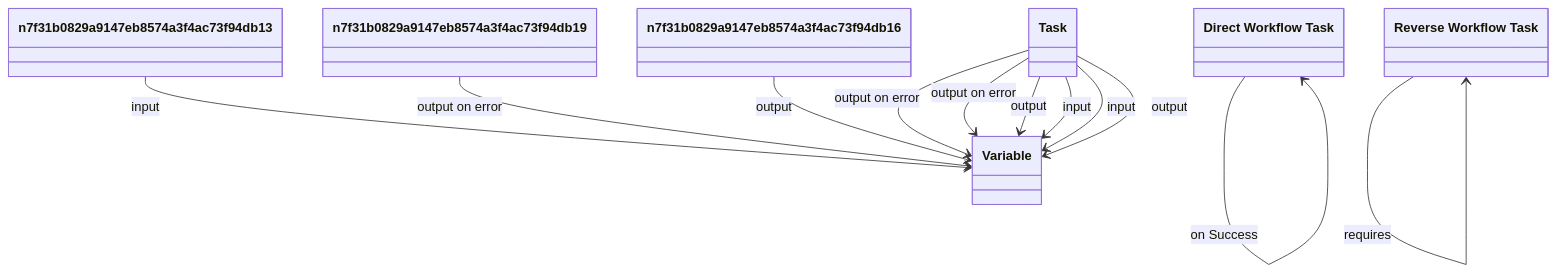
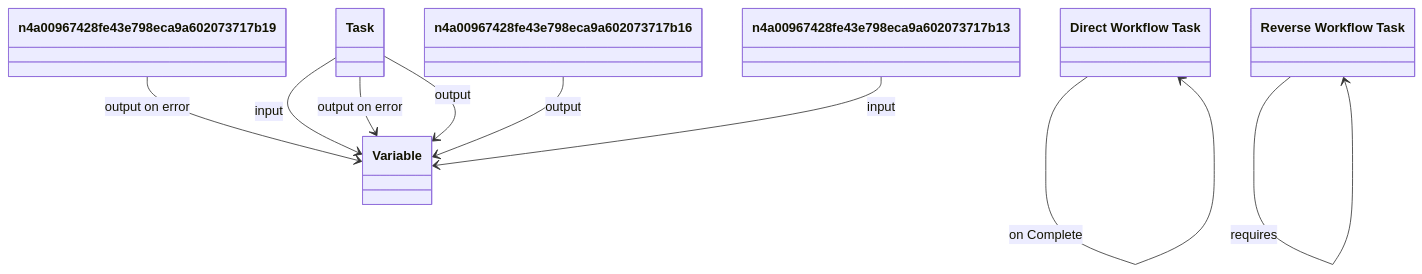
One commit to oeg-upm/Devos changed the diagram in output/ieswc_freq/workflow.ttl-freq-7-0-hard.md. Above: the diagram before and after it, drawn with Mermaid. The commit also changed 131 other files, not shown here.

````diff
--- a/output/ieswc_freq/workflow.ttl-freq-7-0-hard.md
+++ b/output/ieswc_freq/workflow.ttl-freq-7-0-hard.md
@@ -1,77 +1,55 @@
 ```mermaid
 	classDiagram
 
     
     class `Direct Workflow Task` {
     
     }
 
     class `Variable` {
     
     }
 
     class `Reverse Workflow Task` {
     
     }
 
     class `Task` {
     
     }
 
-    class `n7f31b0829a9147eb8574a3f4ac73f94db13` {
+    class `n4a00967428fe43e798eca9a602073717b13` {
     
     }
 
-    class `n7f31b0829a9147eb8574a3f4ac73f94db16` {
+    class `n4a00967428fe43e798eca9a602073717b16` {
     
     }
 
-    class `n7f31b0829a9147eb8574a3f4ac73f94db19` {
+    class `n4a00967428fe43e798eca9a602073717b19` {
     
     }
 
 
 
-`n7f31b0829a9147eb8574a3f4ac73f94db13`  --> `Variable`   :input  
+`Task`  --> `Variable`   :input  
 
 `Reverse Workflow Task`  --> `Reverse Workflow Task`   :requires  
 
-`n7f31b0829a9147eb8574a3f4ac73f94db19`  --> `Variable`   :output on error  
+`n4a00967428fe43e798eca9a602073717b19`  --> `Variable`   :output on error  
 
-`Direct Workflow Task`  --> `Direct Workflow Task`   :on Complete  
-
-`Direct Workflow Task`  --> `Direct Workflow Task`   :on Error  
-
-`n7f31b0829a9147eb8574a3f4ac73f94db16`  --> `Variable`   :output  
-
-`Direct Workflow Task`  --> `Direct Workflow Task`   :on Success  
-
-`Direct Workflow Task`  --> `Direct Workflow Task`   :on Complete  
-
-`Direct Workflow Task`  --> `Direct Workflow Task`   :on Complete  
-
-`Direct Workflow Task`  --> `Direct Workflow Task`   :on Error  
+`Task`  --> `Variable`   :output on error  
 
 `Direct Workflow Task`  --> `Direct Workflow Task`   :on Error  
 
 `Direct Workflow Task`  --> `Direct Workflow Task`   :on Success  
 
-`Direct Workflow Task`  --> `Direct Workflow Task`   :on Success  
-
-`Task`  --> `Variable`   :output on error  
-
-`Task`  --> `Variable`   :output on error  
-
-`Reverse Workflow Task`  --> `Reverse Workflow Task`   :requires  
-
-`Reverse Workflow Task`  --> `Reverse Workflow Task`   :requires  
-
 `Task`  --> `Variable`   :output  
 
-`Task`  --> `Variable`   :input  
+`Direct Workflow Task`  --> `Direct Workflow Task`   :on Complete  
 
-`Task`  --> `Variable`   :input  
+`n4a00967428fe43e798eca9a602073717b16`  --> `Variable`   :output  
 
-`Task`  --> `Variable`   :output  
+`n4a00967428fe43e798eca9a602073717b13`  --> `Variable`   :input  
 
 ```
````
